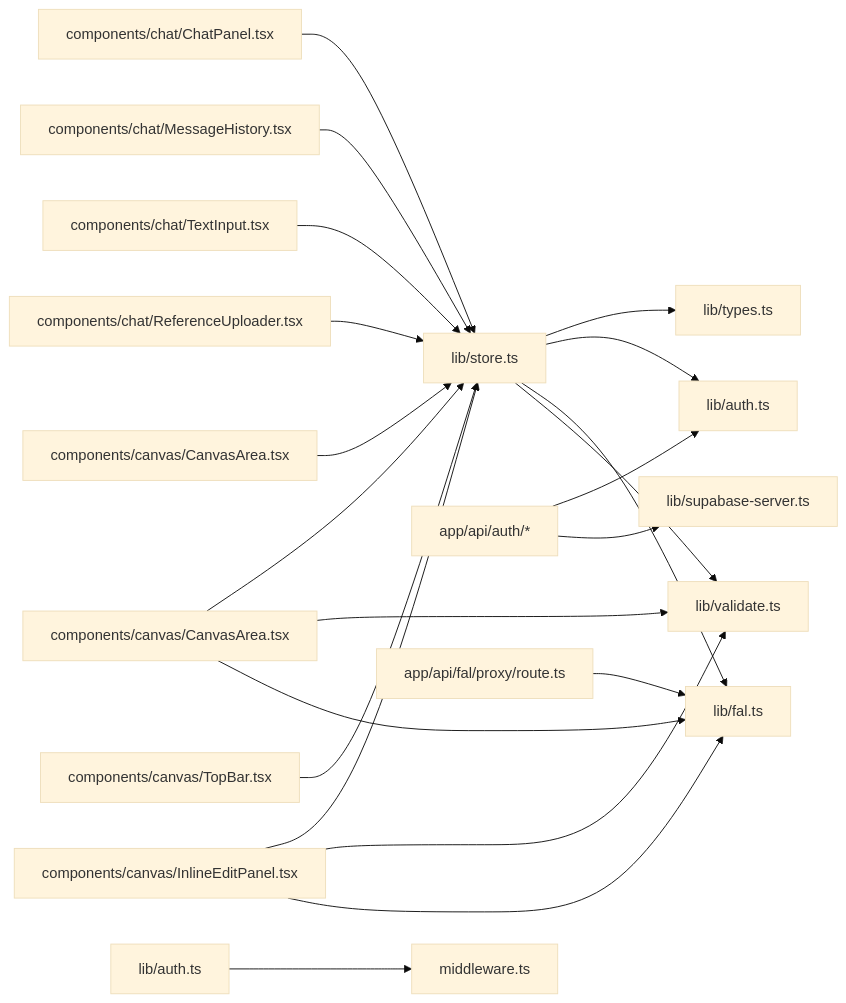
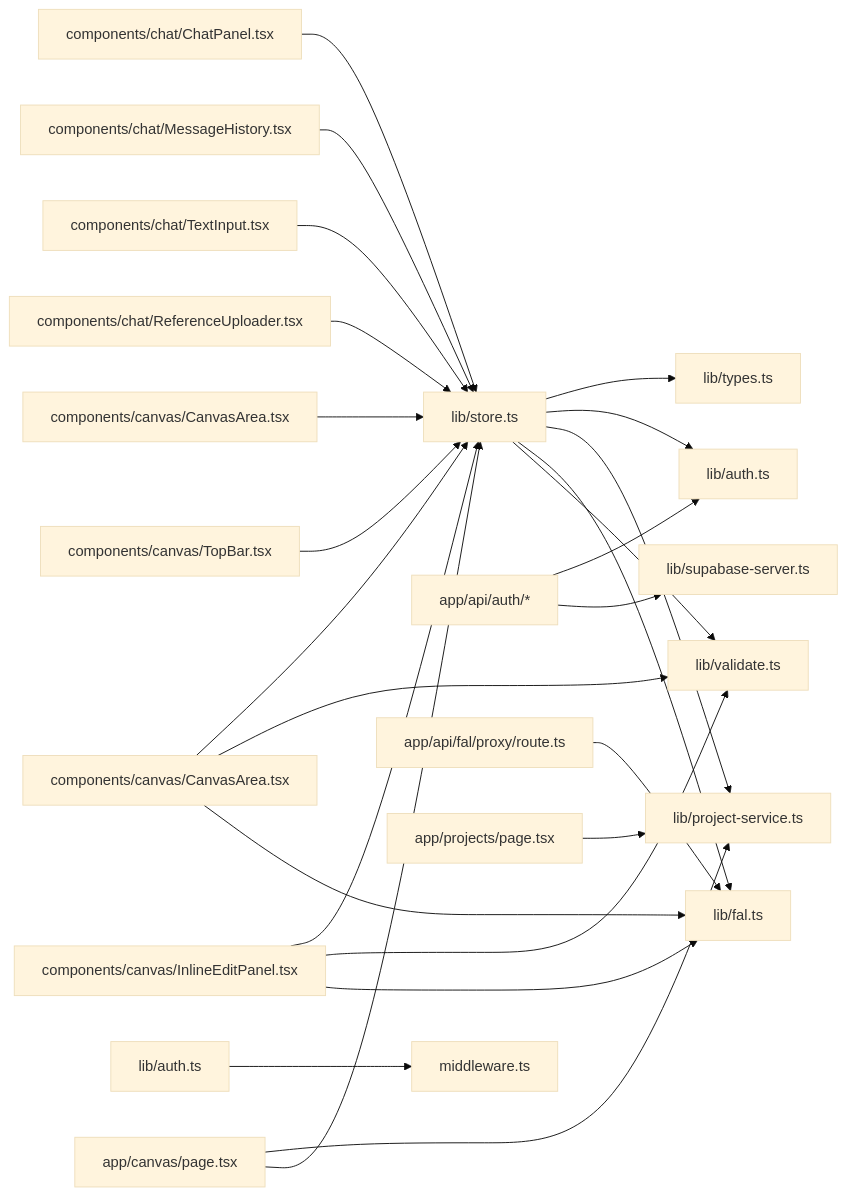
Diagram 27 of 29 in .qoder/repowiki/zh/content/状态管理系统.md (billye220670/BananaFlow2), drawn with Mermaid (base theme) before and after one commit. The commit also changed other lines of this file and 12 other files, not shown here.

First line of the commit message:
fix: shimmer占位图全程覆盖 + 拖入无限循环修复

````diff
--- a/.qoder/repowiki/zh/content/状态管理系统.md
+++ b/.qoder/repowiki/zh/content/状态管理系统.md
@@ -730,23 +1026,27 @@
 ```mermaid
 graph LR
 Store[lib/store.ts] --> Types[lib/types.ts]
 Store --> Auth[lib/auth.ts]
+Store --> ProjectService[lib/project-service.ts]
 Store --> FAL[lib/fal.ts]
 Store --> Validate[lib/validate.ts]
 Canvas[components/canvas/CanvasArea.tsx] --> Store
 Canvas --> Validate
 Canvas --> FAL
 InlineEdit[components/canvas/InlineEditPanel.tsx] --> Store
 InlineEdit --> Validate
 InlineEdit --> FAL
 ChatPanel[components/chat/ChatPanel.tsx] --> Store
 MessageHistory[components/chat/MessageHistory.tsx] --> Store
 TextInput[components/chat/TextInput.tsx] --> Store
 ReferenceUploader[components/chat/ReferenceUploader.tsx] --> Store
 MarkerOverlay[components/canvas/CanvasArea.tsx] --> Store
 TopBar[components/canvas/TopBar.tsx] --> Store
 AuthAPI[app/api/auth/*] --> Auth
 AuthAPI --> Supabase[lib/supabase-server.ts]
 JWT[lib/auth.ts] --> Middleware[middleware.ts]
 Proxy[app/api/fal/proxy/route.ts] --> FAL
+ProjectPage[app/projects/page.tsx] --> ProjectService
+CanvasPage[app/canvas/page.tsx] --> ProjectService
+CanvasPage --> Store
 ```
````
